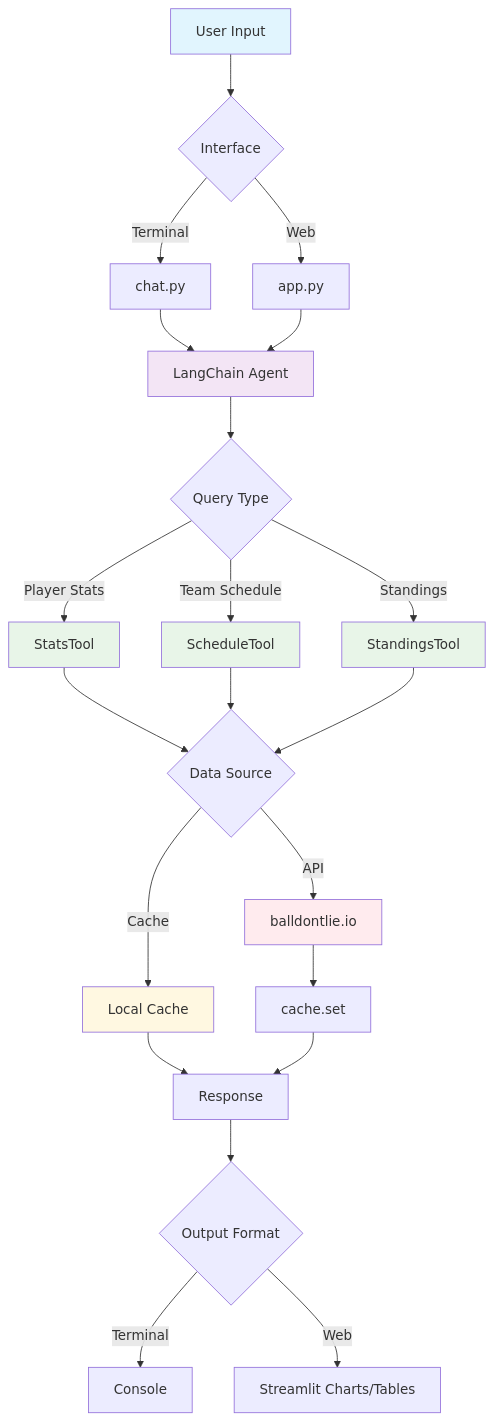
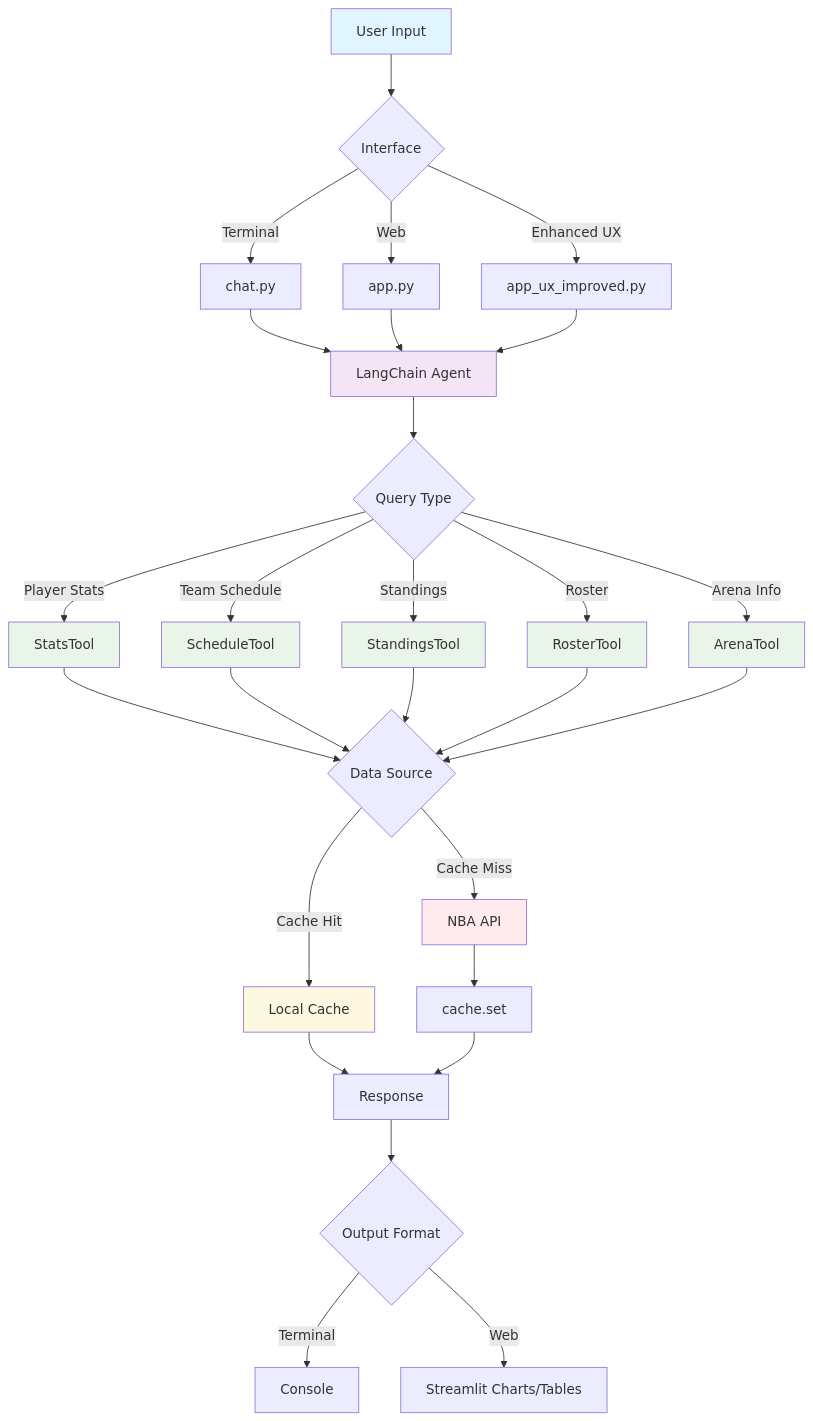
Before and after one commit to alaap-nair/nba_agent: the diagram in README.md, drawn with Mermaid. The commit also changed other lines of this file and 3 other files, not shown here.

````diff
--- a/README.md
+++ b/README.md
@@ -16,38 +126,46 @@
 ```mermaid
 graph TD
     A[User Input] --> B{Interface}
     
     B -->|Terminal| C[chat.py]
     B -->|Web| D[app.py]
+    B -->|Enhanced UX| E[app_ux_improved.py]
     
-    C --> E[LangChain Agent]
-    D --> E
+    C --> F[LangChain Agent]
+    D --> F
+    E --> F
     
-    E --> F{Query Type}
+    F --> G{Query Type}
     
-    F -->|Player Stats| G[StatsTool]
-    F -->|Team Schedule| H[ScheduleTool] 
-    F -->|Standings| I[StandingsTool]
+    G -->|Player Stats| H[StatsTool]
+    G -->|Team Schedule| I[ScheduleTool] 
+    G -->|Standings| J[StandingsTool]
+    G -->|Roster| K[RosterTool]
+    G -->|Arena Info| L[ArenaTool]
     
-    G --> J{Data Source}
-    H --> J
-    I --> J
+    H --> M{Data Source}
+    I --> M
+    J --> M
+    K --> M
+    L --> M
     
-    J -->|Cache| K[Local Cache]
-    J -->|API| L[balldontlie.io]
+    M -->|Cache Hit| N[Local Cache]
+    M -->|Cache Miss| O[NBA API]
     
-    K --> M[Response]
-    L --> N[cache.set] --> M
+    N --> P[Response]
+    O --> Q[cache.set] --> P
     
-    M --> O{Output Format}
-    O -->|Terminal| P[Console]
-    O -->|Web| Q[Streamlit Charts/Tables]
+    P --> R{Output Format}
+    R -->|Terminal| S[Console]
+    R -->|Web| T[Streamlit Charts/Tables]
     
     style A fill:#e1f5fe
-    style E fill:#f3e5f5
-    style G fill:#e8f5e8
+    style F fill:#f3e5f5
     style H fill:#e8f5e8
     style I fill:#e8f5e8
-    style K fill:#fff8e1
-    style L fill:#ffebee
+    style J fill:#e8f5e8
+    style K fill:#e8f5e8
+    style L fill:#e8f5e8
+    style N fill:#fff8e1
+    style O fill:#ffebee
 ```
````
